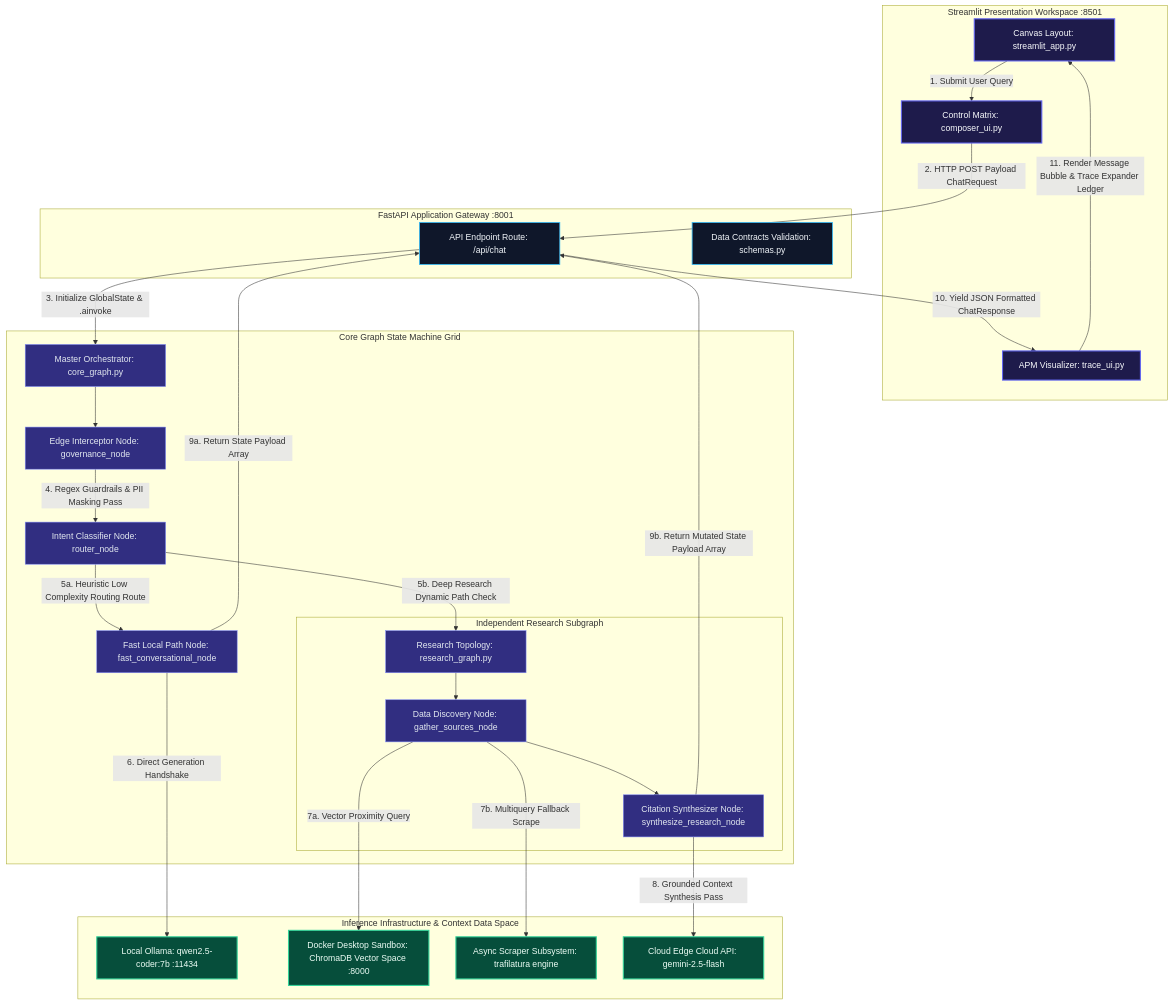
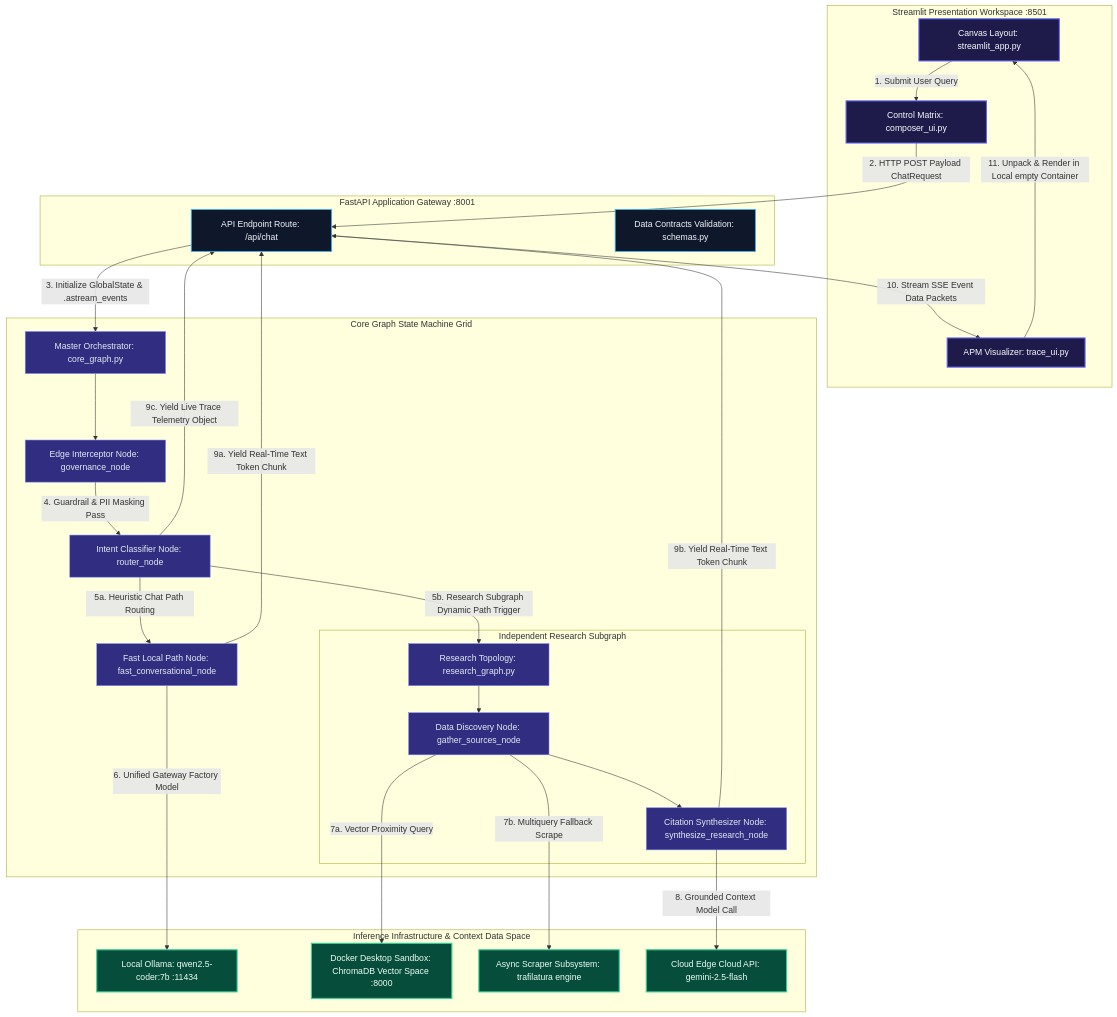
One commit to ranapratapmajee/nexusmind changed the first of 3 diagrams in README.md. Above: the diagram before and after it, drawn with Mermaid. The commit also changed other lines of this file and 25 other files, not shown here.

````diff
--- a/README.md
+++ b/README.md
@@ -17,76 +12,76 @@
 ```mermaid
 graph TD
-    %% Styling Configuration Profiles (Renamed 'graph' to 'graphCore' to dodge keyword collision)
+    %% Styling Configuration Profiles
     classDef ui fill:#1E1B4B,stroke:#6366F1,stroke-width:2px,color:#F8FAFC;
     classDef api fill:#0F172A,stroke:#38BDF8,stroke-width:1.5px,color:#F1F5F9;
     classDef graphCore fill:#312E81,stroke:#818CF8,stroke-width:1px,color:#E2E8F0;
     classDef infra fill:#064E3B,stroke:#34D399,stroke-width:2px,color:#ECFDF5;
 
     %% Presentation Layer
     subgraph Streamlit_Frontend [Streamlit Presentation Workspace :8501]
         UI[Canvas Layout: streamlit_app.py]
         Composer[Control Matrix: composer_ui.py]
         Console[APM Visualizer: trace_ui.py]
     end
     class UI,Composer,Console ui;
 
     %% Communication Gateway Layer
     subgraph FastAPI_Backend [FastAPI Application Gateway :8001]
         Router[API Endpoint Route: /api/chat]
         Schemas[Data Contracts Validation: schemas.py]
     end
     class Router,Schemas api;
 
     %% Orchestration Graph Layer
     subgraph LangGraph_Engine [Core Graph State Machine Grid]
         CoreGraph[Master Orchestrator: core_graph.py]
         GovNode[Edge Interceptor Node: governance_node]
         RouteNode[Intent Classifier Node: router_node]
         FastNode[Fast Local Path Node: fast_conversational_node]
         
         subgraph SubAgent_Network [Independent Research Subgraph]
             ResearchGraph[Research Topology: research_graph.py]
             GatherNode[Data Discovery Node: gather_sources_node]
             SynthNode[Citation Synthesizer Node: synthesize_research_node]
         end
     end
     class CoreGraph,GovNode,RouteNode,FastNode,ResearchGraph,GatherNode,SynthNode graphCore;
 
     %% Underpinning Infrastructure Layer
     subgraph Compute_And_Storage [Inference Infrastructure & Context Data Space]
         OllamaCompletions[Local Ollama: qwen2.5-coder:7b :11434]
         ChromaDB[Docker Desktop Sandbox: ChromaDB Vector Space :8000]
         WebScrape[Async Scraper Subsystem: trafilatura engine]
         GeminiCloud[Cloud Edge Cloud API: gemini-2.5-flash]
     end
     class OllamaCompletions,ChromaDB,WebScrape,GeminiCloud infra;
 
     %% Data Pipeline Interaction Lines
     UI -->|1. Submit User Query| Composer
     Composer -->|2. HTTP POST Payload ChatRequest| Router
-    Router -->|3. Initialize GlobalState & .ainvoke| CoreGraph
+    Router -->|3. Initialize GlobalState & .astream_events| CoreGraph
     
     CoreGraph --> GovNode
-    GovNode -->|4. Regex Guardrails & PII Masking Pass| RouteNode
+    GovNode -->|4. Guardrail & PII Masking Pass| RouteNode
     
     %% Conditional Branching Elements
-    RouteNode -->|5a. Heuristic Low Complexity Routing Route| FastNode
-    RouteNode -->|5b. Deep Research Dynamic Path Check| ResearchGraph
+    RouteNode -->|5a. Heuristic Chat Path Routing| FastNode
+    RouteNode -->|5b. Research Subgraph Dynamic Path Trigger| ResearchGraph
     
     %% Compute Integrations
-    FastNode -->|6. Direct Generation Handshake| OllamaCompletions
+    FastNode -->|6. Unified Gateway Factory Model| OllamaCompletions
     
     ResearchGraph --> GatherNode
     GatherNode -->|7a. Vector Proximity Query| ChromaDB
     GatherNode -->|7b. Multiquery Fallback Scrape| WebScrape
     GatherNode --> SynthNode
-    SynthNode -->|8. Grounded Context Synthesis Pass| GeminiCloud
+    SynthNode -->|8. Grounded Context Model Call| GeminiCloud
     
-    %% Response Aggregation and State Pipeline Returns
-    FastNode -->|9a. Return State Payload Array| Router
-    SynthNode -->|9b. Return Mutated State Payload Array| Router
+    %% Response Aggregation and Real-Time SSE Wire Output
+    FastNode -->|9a. Yield Real-Time Text Token Chunk| Router
+    SynthNode -->|9b. Yield Real-Time Text Token Chunk| Router
+    RouteNode -->|9c. Yield Live Trace Telemetry Object| Router
     
-    Router -->|10. Yield JSON Formatted ChatResponse| Console
-    Console -->|11. Render Message Bubble & Trace Expander Ledger| UI
-
+    Router -->|10. Stream SSE Event Data Packets| Console
+    Console -->|11. Unpack & Render in Local empty Container| UI
 ```
````
